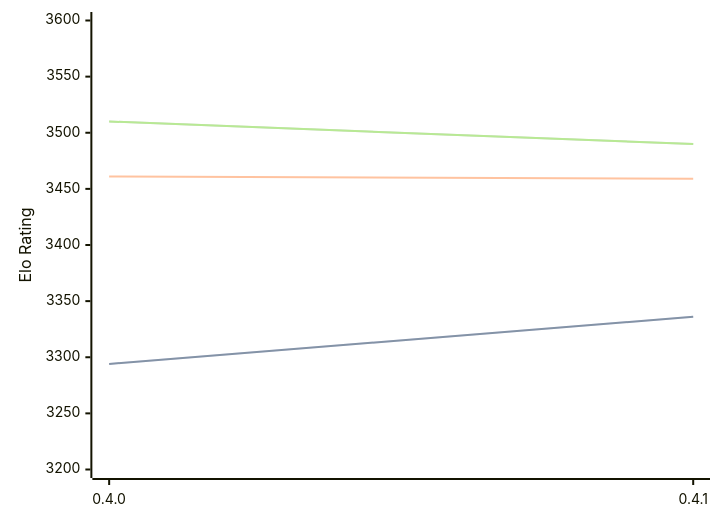
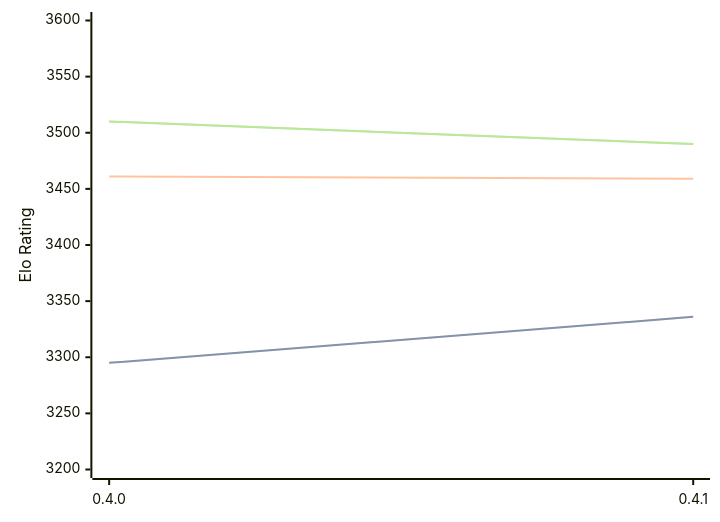
One commit to computer-chess-index/cci changed the third of 3 diagrams in engines/Cinder.md. Above: the diagram before and after it, drawn with Mermaid. The commit also changed other lines of this file, not shown here.

````diff
--- a/engines/Cinder.md
+++ b/engines/Cinder.md
@@ -73,11 +73,11 @@
 ```mermaid
 %%{init: {"theme":"base","themeVariables":{"seriesColors:['#a3a3a3','#222221','#faa371']}}}%%
 xychart-beta
   x-axis ["0.4.0", "0.4.1"]
   y-axis "Elo Rating" 3200 --> 3600
-  line "STC (8.0+0.08s)" [3294, 3336]
-  line "STC (8.0+0.08s)" [3294, 3336]
+  line "STC (8.0+0.08s)" [3295, 3336]
+  line "STC (8.0+0.08s)" [3295, 3336]
   line "LTC (60.0+0.60s)" [3461, 3459]
   line "VLTC (2m24s+1.12s)" [3510, 3490]
   line "VLTC (2m24s+1.12s)" [3510, 3490]
 ```
````
